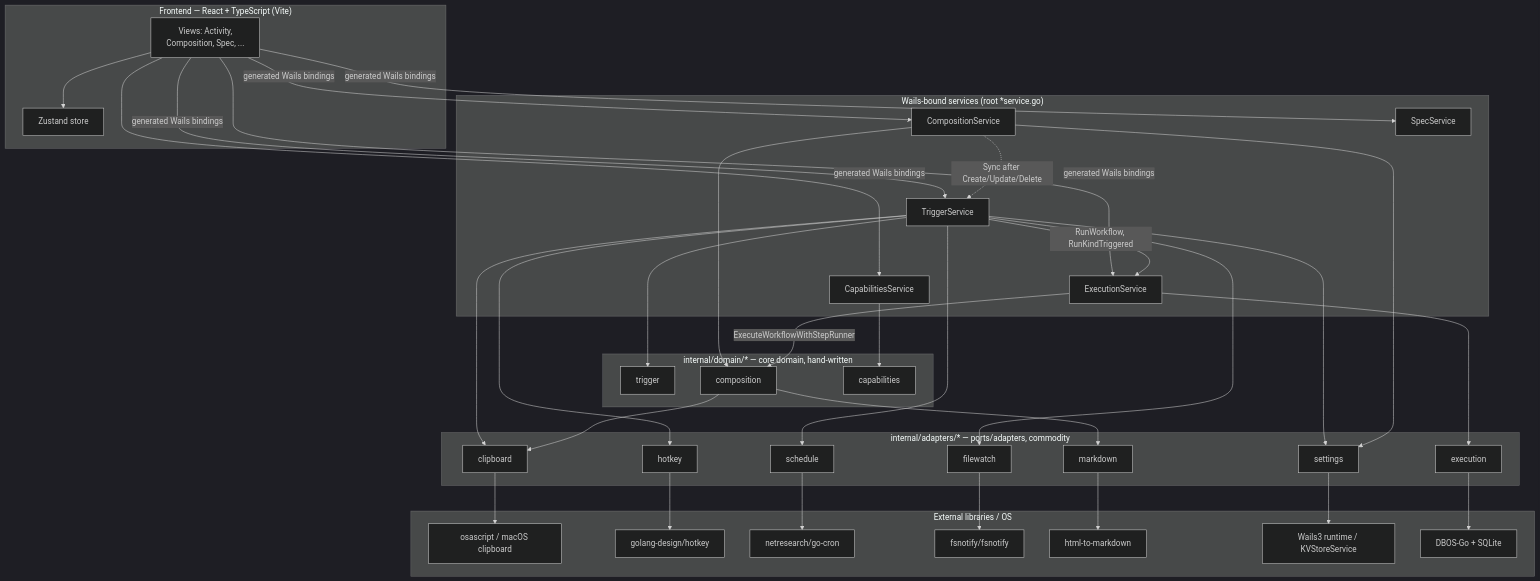
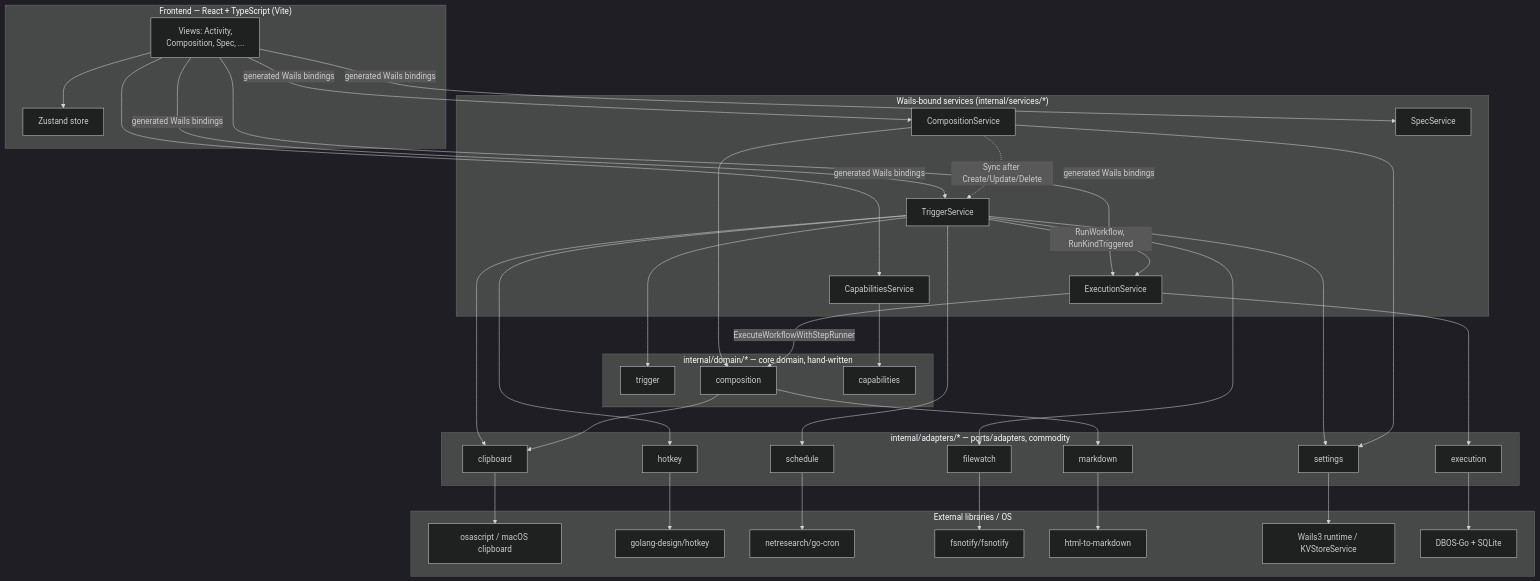
The second of 2 diagrams in docs/SPEC.md (alicoding/mill), drawn with Mermaid (dark theme) before and after one commit. The commit also changed other lines of this file and 137 other files, not shown here.

````diff
--- a/docs/SPEC.md
+++ b/docs/SPEC.md
@@ -433,69 +433,69 @@
 ```mermaid
 graph TB
     subgraph Frontend["Frontend — React + TypeScript (Vite)"]
         Views["Views: Activity,<br/>Composition, Spec, ..."]
         Store["Zustand store"]
     end
-    subgraph Bindings["Wails-bound services (root *service.go)"]
+    subgraph Bindings["Wails-bound services (internal/services/*)"]
         TrigSvc["TriggerService"]
         CompSvc["CompositionService"]
         CapSvc["CapabilitiesService"]
         SpecSvc["SpecService"]
         ExecSvc["ExecutionService"]
     end
     subgraph Domain["internal/domain/* — core domain, hand-written"]
         TrigDom["trigger"]
         CompDom["composition"]
         CapDom["capabilities"]
     end
     subgraph Adapters["internal/adapters/* — ports/adapters, commodity"]
         Clipboard["clipboard"]
         Markdown["markdown"]
         Hotkey["hotkey"]
         Schedule["schedule"]
         Filewatch["filewatch"]
         Settings["settings"]
         ExecAdapter["execution"]
     end
     subgraph External["External libraries / OS"]
         OSA["osascript / macOS clipboard"]
         GDH["golang-design/hotkey"]
         NRC["netresearch/go-cron"]
         FSN["fsnotify/fsnotify"]
         H2M["html-to-markdown"]
         WailsRT["Wails3 runtime / KVStoreService"]
         DBOSExt["DBOS-Go + SQLite"]
     end
 
     Views --> Store
     Views -->|generated Wails bindings| TrigSvc
     Views -->|generated Wails bindings| CompSvc
     Views -->|generated Wails bindings| CapSvc
     Views -->|generated Wails bindings| SpecSvc
     Views -->|generated Wails bindings| ExecSvc
 
     TrigSvc --> TrigDom
     TrigSvc --> Hotkey
     TrigSvc --> Schedule
     TrigSvc --> Filewatch
     TrigSvc --> Clipboard
     TrigSvc --> Settings
     TrigSvc -->|RunWorkflow, RunKindTriggered| ExecSvc
     CompSvc --> CompDom
     CompSvc --> Settings
     CompSvc -.->|Sync after Create/Update/Delete| TrigSvc
     CapSvc --> CapDom
     ExecSvc -->|ExecuteWorkflowWithStepRunner| CompDom
     ExecSvc --> ExecAdapter
 
     CompDom --> Clipboard
     CompDom --> Markdown
 
     Clipboard --> OSA
     Markdown --> H2M
     Hotkey --> GDH
     Schedule --> NRC
     Filewatch --> FSN
     Settings --> WailsRT
     ExecAdapter --> DBOSExt
 ```
````
